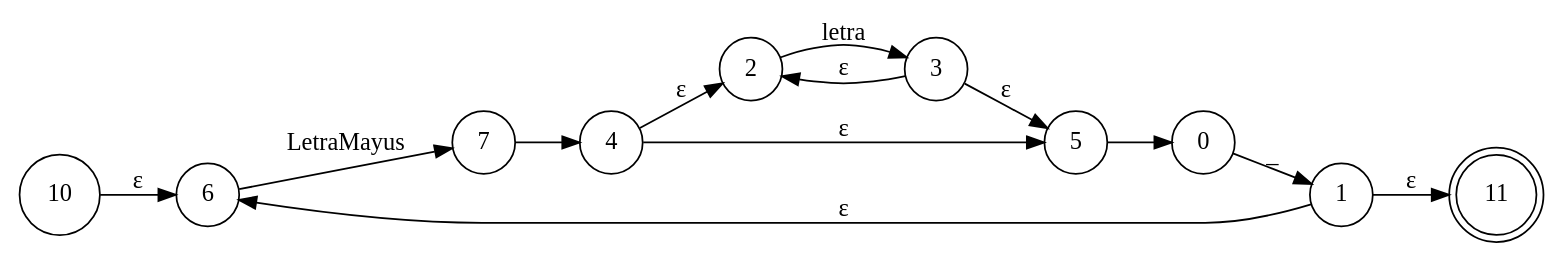
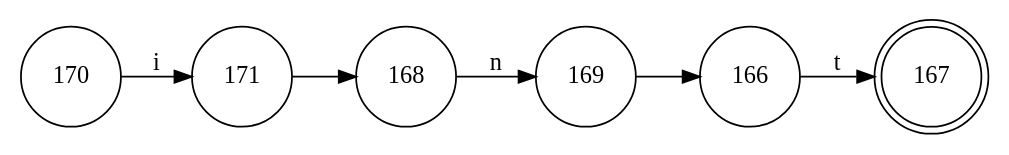
Before and after one commit to Lal0gg/-OLC1-Proyecto1_201900647: the diagram in Codigo/P1_Compi1_Dic23/nfa.dot, drawn with Graphviz. The commit also changed 4 other files, not shown here.

```diff
--- a/Codigo/P1_Compi1_Dic23/nfa.dot
+++ b/Codigo/P1_Compi1_Dic23/nfa.dot
@@ -1,26 +1,15 @@
 digraph NFA { 
  rankdir=LR;
 node[shape=circle]
-10 [shape=circle];
-10 -> 6 [label="ε"];
-6 [shape=circle];
-6 -> 7 [label="LetraMayus"];
-7 [shape=circle];
-7 -> 4 [label=""];
-4 [shape=circle];
-4 -> 2 [label="ε"];
-2 [shape=circle];
-2 -> 3 [label="letra"];
-3 [shape=circle];
-3 -> 2 [label="ε"];
-3 -> 5 [label="ε"];
-5 [shape=circle];
-5 -> 0 [label=""];
-0 [shape=circle];
-0 -> 1 [label="_"];
-1 [shape=circle];
-1 -> 6 [label="ε"];
-1 -> 11 [label="ε"];
-11 [shape=doublecircle];
-4 -> 5 [label="ε"];
+170 [shape=circle];
+170 -> 171 [label="i"];
+171 [shape=circle];
+171 -> 168 [label=""];
+168 [shape=circle];
+168 -> 169 [label="n"];
+169 [shape=circle];
+169 -> 166 [label=""];
+166 [shape=circle];
+166 -> 167 [label="t"];
+167 [shape=doublecircle];
 }
```
